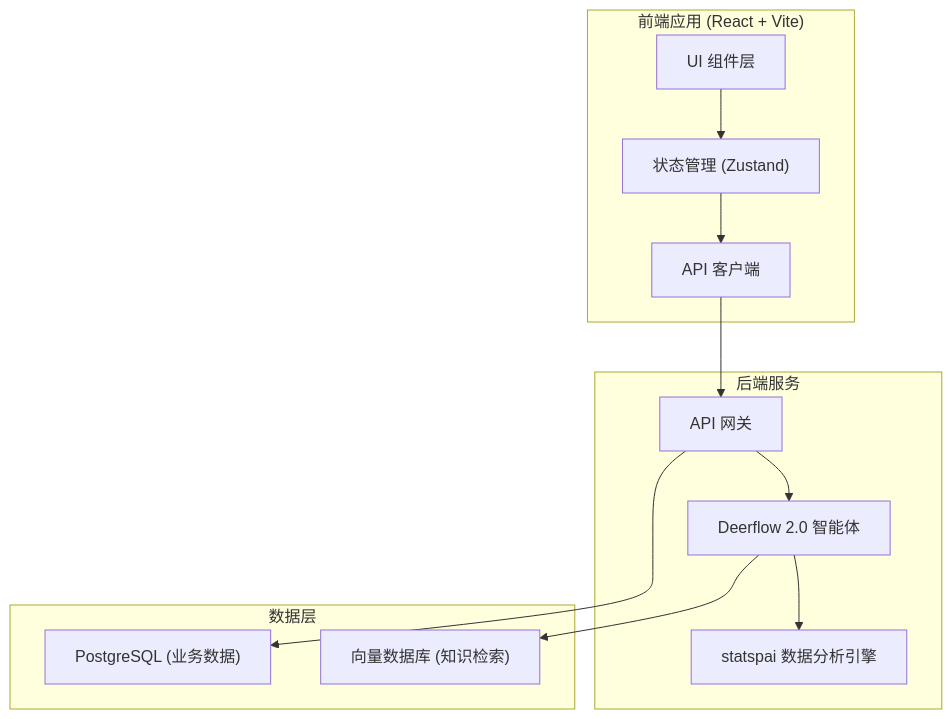
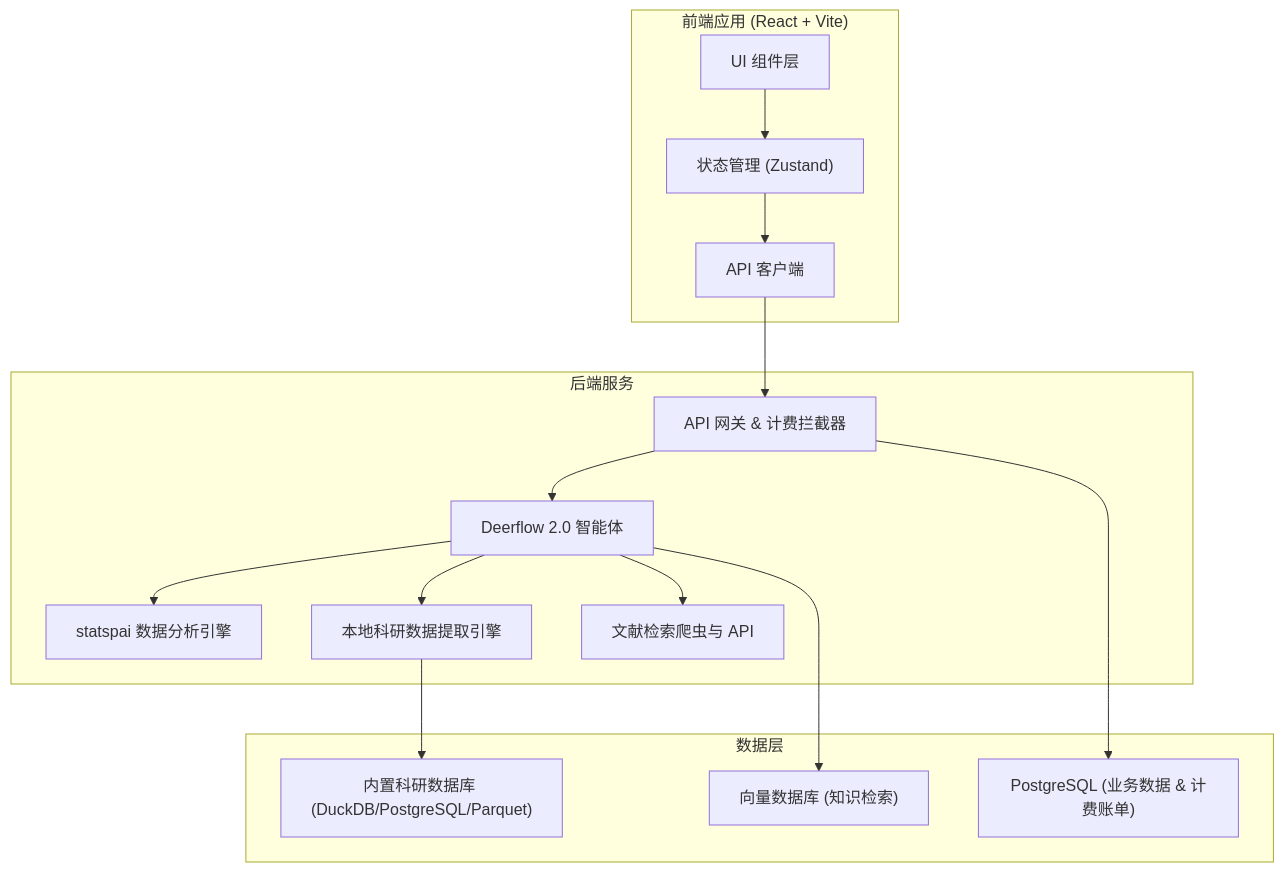
Before and after one commit to ZhangMochen1314/ZhangMochen1314: the first of 3 diagrams in .trae/documents/technical_architecture.md, drawn with Mermaid. The commit also changed other lines of this file and 1 other file, not shown here.

Commit message:
feat: 创建科研对话应用

````diff
--- a/.trae/documents/technical_architecture.md
+++ b/.trae/documents/technical_architecture.md
@@ -2,27 +2,33 @@
 ```mermaid
 graph TD
     subgraph "前端应用 (React + Vite)"
         UI["UI 组件层"]
         State["状态管理 (Zustand)"]
         API_Client["API 客户端"]
     end
     
     subgraph "后端服务"
-        Gateway["API 网关"]
+        Gateway["API 网关 & 计费拦截器"]
         Agent["Deerflow 2.0 智能体"]
         Statspai["statspai 数据分析引擎"]
+        DataExtractor["本地科研数据提取引擎"]
+        LitSearch["文献检索爬虫与 API"]
     end
     
     subgraph "数据层"
-        DB["PostgreSQL (业务数据)"]
+        DB["PostgreSQL (业务数据 & 计费账单)"]
         VectorDB["向量数据库 (知识检索)"]
+        LocalResearchDB["内置科研数据库 (DuckDB/PostgreSQL/Parquet)"]
     end
     
     UI --> State
     State --> API_Client
     API_Client --> Gateway
     Gateway --> Agent
     Agent --> Statspai
+    Agent --> DataExtractor
+    Agent --> LitSearch
+    DataExtractor --> LocalResearchDB
     Agent --> VectorDB
     Gateway --> DB
 ```
````
